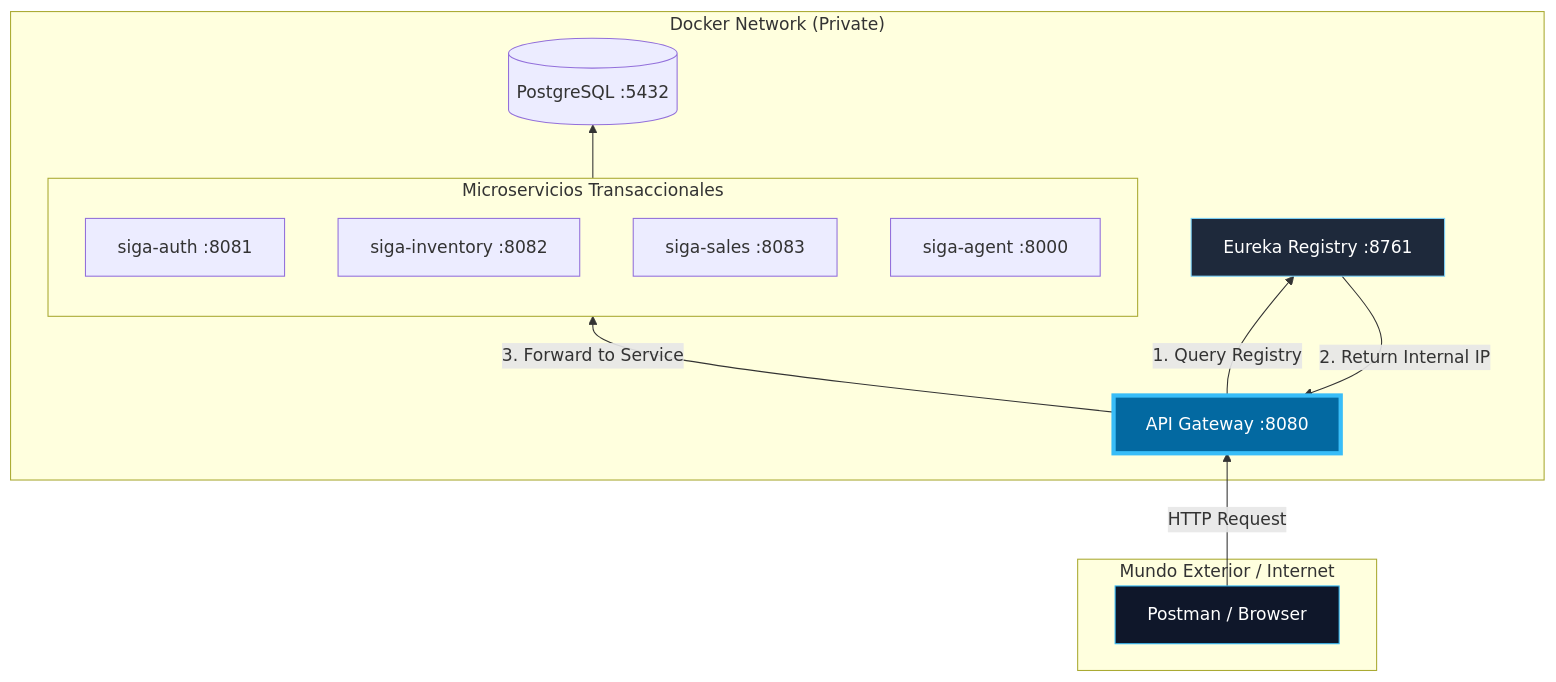
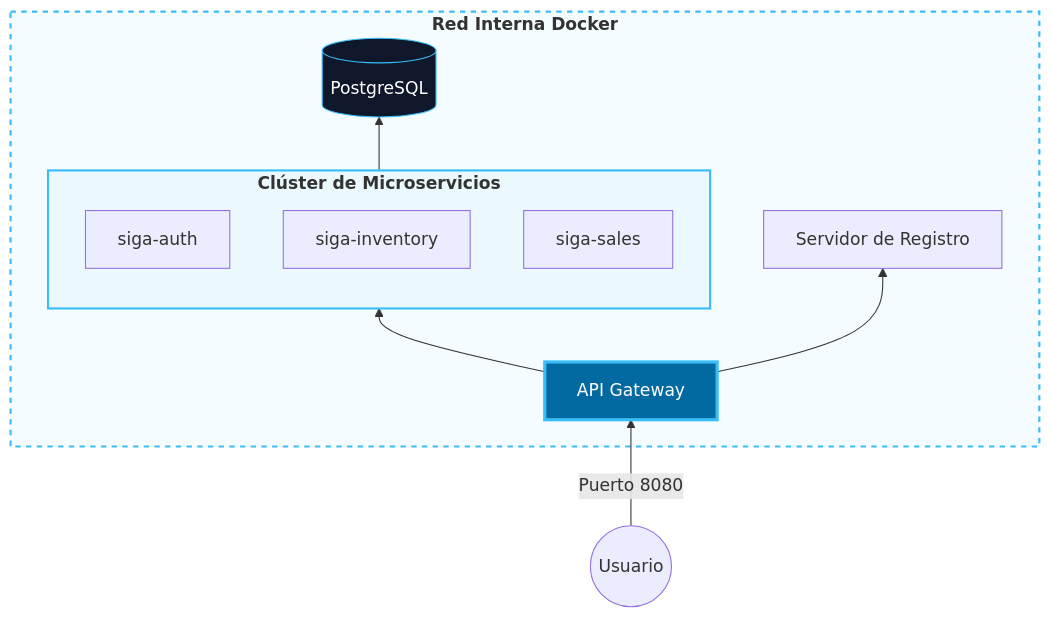
One commit to HecAguilaV/SIGA changed the first of 2 diagrams in docs/technical-room/es/05-PHYSICAL-VIEW.mdx. Above: the diagram before and after it, drawn with Mermaid. The commit also changed other lines of this file and 10 other files, not shown here.

Commit message:
docs(tech-room): finalize 4+1 view model with high-fidelity diagrams and semantic monorepo sync

````diff
--- a/docs/technical-room/es/05-PHYSICAL-VIEW.mdx
+++ b/docs/technical-room/es/05-PHYSICAL-VIEW.mdx
@@ -11,30 +9,26 @@
 ```mermaid
 graph BT
-    subgraph Exterior [Mundo Exterior / Internet]
-        Client[Postman / Browser]
+    subgraph Net [<b>Red Interna Docker</b>]
+        GT[API Gateway]
+        Eureka[Servidor de Registro]
+        
+        subgraph Cluster [<b>Clúster de Microservicios</b>]
+            S1[siga-auth]
+            S2[siga-inventory]
+            S3[siga-sales]
+        end
+        
+        DB[(PostgreSQL)]
     end
 
-    subgraph "Docker Network (Private)"
-        GT[API Gateway :8080]
-        Eureka[Eureka Registry :8761]
-        
-        subgraph Cluster [Microservicios Transaccionales]
-            Auth[siga-auth :8081]
-            Inv[siga-inventory :8082]
-            Sales[siga-sales :8083]
-            Agent[siga-agent :8000]
-        end
-        
-        DB[(PostgreSQL :5432)]
-    end
-
-    Client -- HTTP Request --> GT
-    GT -- 1. Query Registry --> Eureka
-    Eureka -- 2. Return Internal IP --> GT
-    GT -- 3. Forward to Service --> Cluster
+    User((Usuario)) -->|Puerto 8080| GT
+    GT --> Eureka
+    GT --> Cluster
     Cluster --> DB
 
-    style Client fill:#0f172a,stroke:#38bdf8,color:#fff
-    style GT fill:#0369a1,stroke:#38bdf8,stroke-width:4px,color:#fff
-    style Eureka fill:#1e293b,stroke:#7dd3fc,color:#fff
+    %% Estilos Glass-Tech
+    style Net fill:#0ea5e90a,stroke:#38bdf8,stroke-width:2px,stroke-dasharray: 5 5
+    style Cluster fill:#0ea5e90a,stroke:#38bdf8,stroke-width:2px
+    style GT fill:#0369a1,stroke:#38bdf8,stroke-width:3px,color:#fff
+    style DB fill:#0f172a,stroke:#38bdf8,color:#fff
 ```
````
